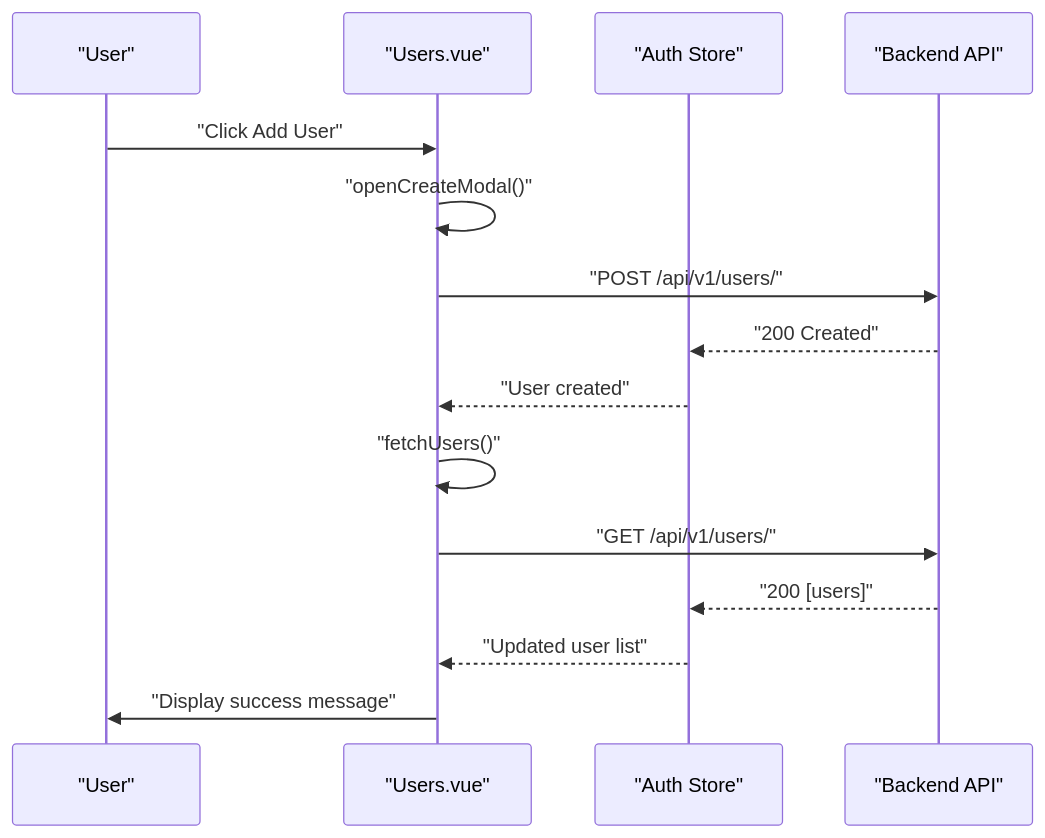
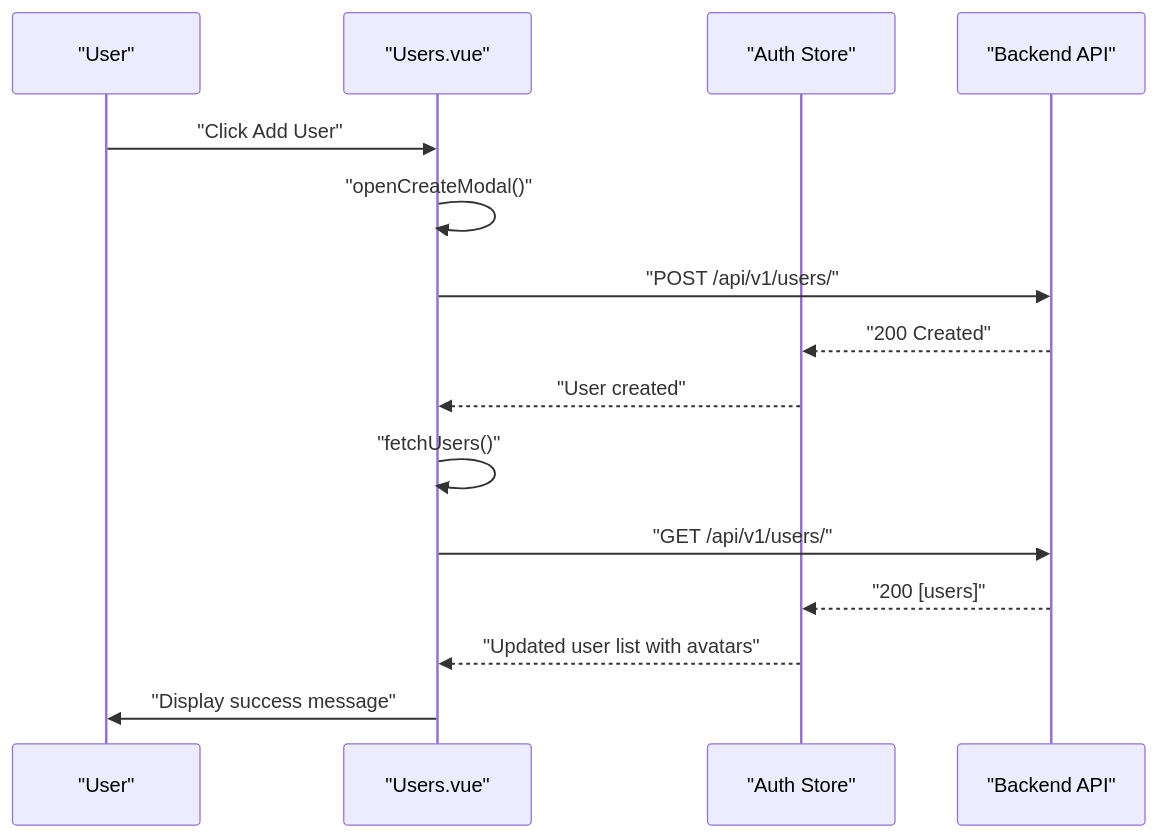
Diagram 13 of 15 in .qoder/repowiki/en/content/Frontend Architecture/Frontend Architecture.md (Nikita5543/New-SSO-02), drawn with Mermaid before and after one commit. The commit also changed other lines of this file and 4 other files, not shown here.

````diff
--- a/.qoder/repowiki/en/content/Frontend Architecture/Frontend Architecture.md
+++ b/.qoder/repowiki/en/content/Frontend Architecture/Frontend Architecture.md
@@ -585,17 +696,17 @@
 ```mermaid
 sequenceDiagram
 participant U as "User"
 participant V as "Users.vue"
 participant AS as "Auth Store"
 participant BE as "Backend API"
 U->>V : "Click Add User"
 V->>V : "openCreateModal()"
 V->>BE : "POST /api/v1/users/"
 BE-->>AS : "200 Created"
 AS-->>V : "User created"
 V->>V : "fetchUsers()"
 V->>BE : "GET /api/v1/users/"
 BE-->>AS : "200 [users]"
-AS-->>V : "Updated user list"
+AS-->>V : "Updated user list with avatars"
 V->>U : "Display success message"
 ```
````
